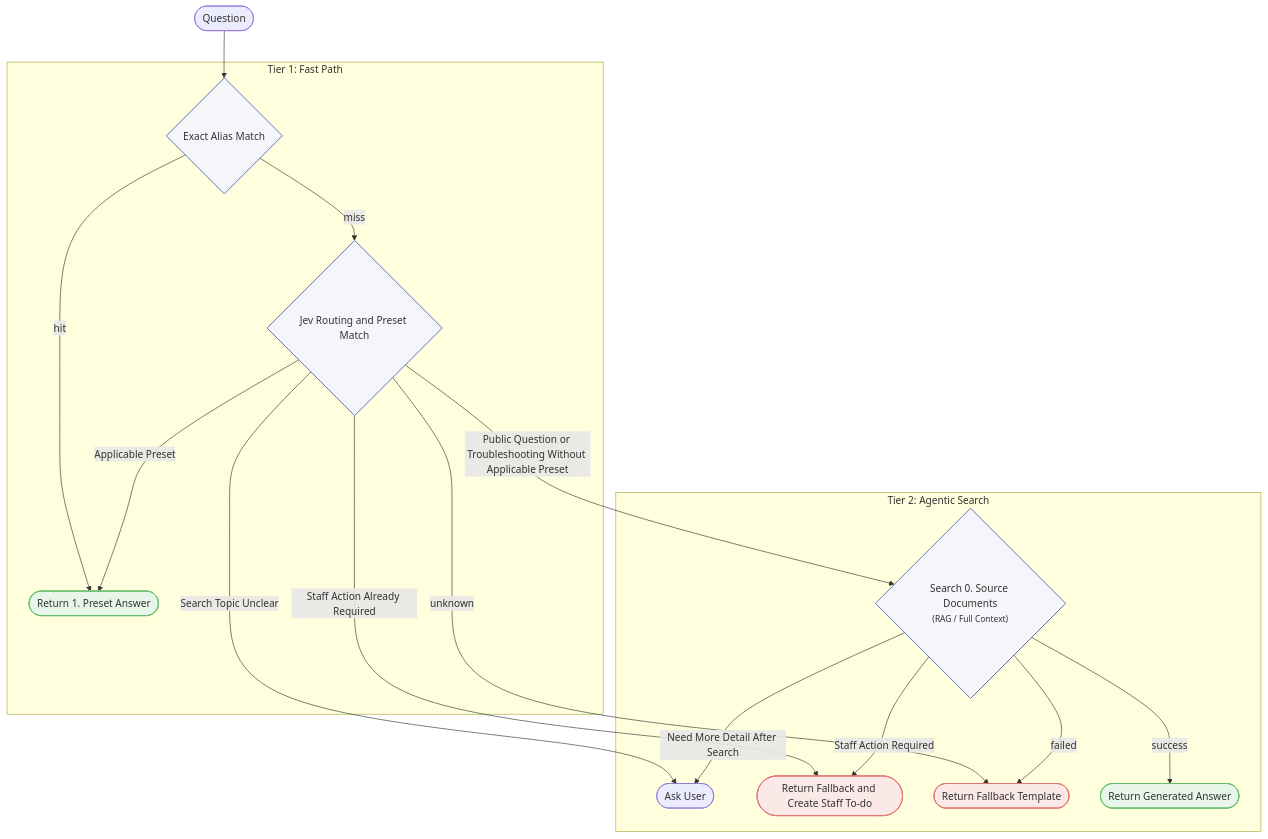
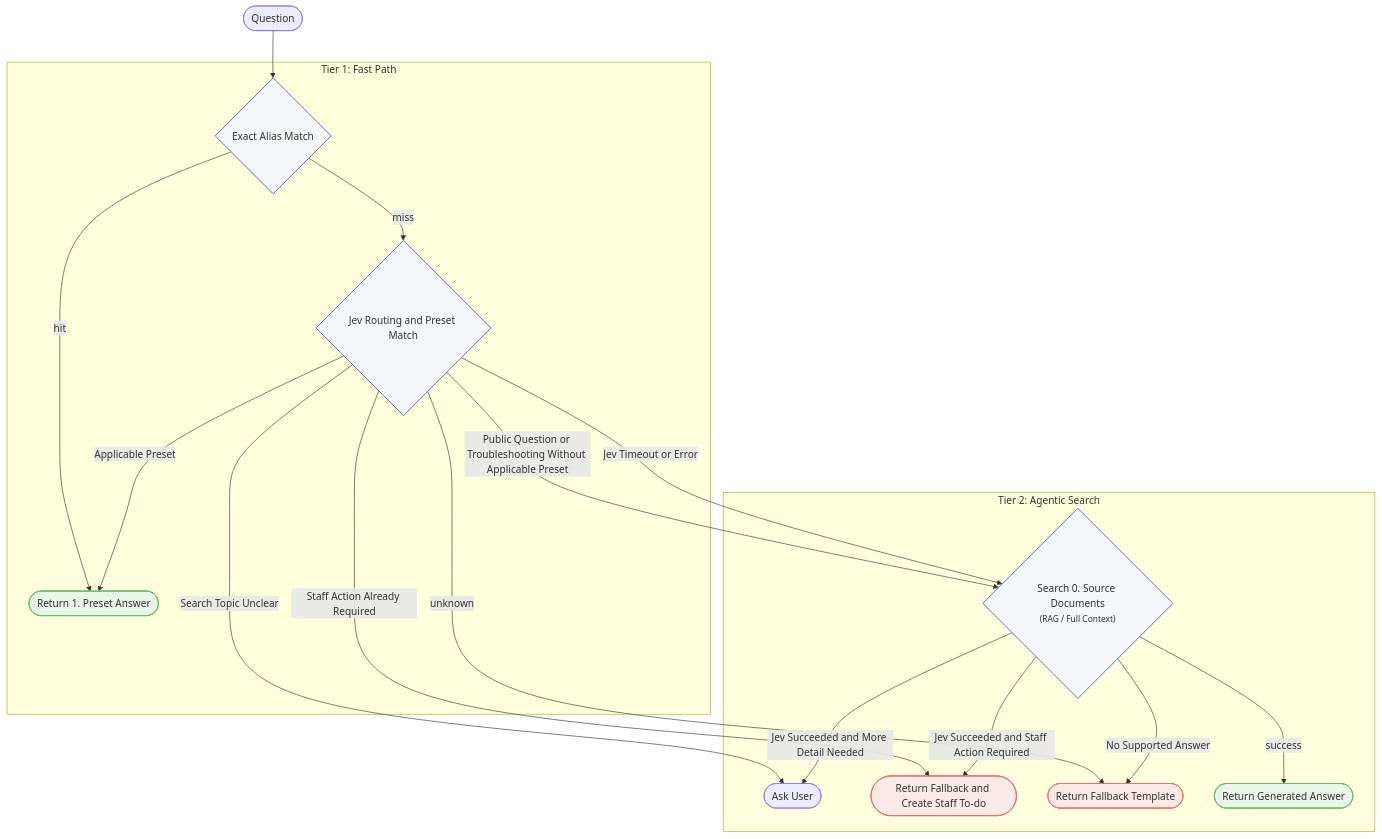
One commit to why-q/wechat-dev changed the second of 3 diagrams in docs/LIBRARY-SUPPORT-DESIGN.md. Above: the diagram before and after it, drawn with Mermaid. The commit also changed other lines of this file and 1 other file, not shown here.

Commit message:
docs: specify Jev timeout and async reply timing
- Define the public-source fallback and keep model calls outside the WeChat callback deadline.

````diff
--- a/docs/LIBRARY-SUPPORT-DESIGN.md
+++ b/docs/LIBRARY-SUPPORT-DESIGN.md
@@ -30,26 +30,27 @@
 ```mermaid
 flowchart TD
     classDef decision fill:#f4f6f9,stroke:#5c6bc0,stroke-width:1.5px;
     classDef success fill:#e8f5e9,stroke:#66bb6a,stroke-width:1.5px;
     classDef fallback fill:#fbe9e7,stroke:#e57373,stroke-width:1.5px;
 
     A([Question]) --> B{Exact Alias Match}:::decision
 
     subgraph Fast_Path [Tier 1: Fast Path]
         B -->|hit| C([Return 1. Preset Answer]):::success
         B -->|miss| G{Jev Routing and Preset Match}:::decision
         G -->|Applicable Preset| C
     end
 
     G -->|Search Topic Unclear| J([Ask User])
     G -->|Staff Action Already Required| P([Return Fallback and Create Staff To-do]):::fallback
     G -->|unknown| F
 
     subgraph Deep_Path [Tier 2: Agentic Search]
         G -->|Public Question or Troubleshooting Without Applicable Preset| D{"Search 0. Source Documents<br/><small>(RAG / Full Context)</small>"}:::decision
+        G -->|Jev Timeout or Error| D
         D -->|success| E([Return Generated Answer]):::success
-        D -->|Need More Detail After Search| J
-        D -->|Staff Action Required| P
-        D -->|failed| F([Return Fallback Template]):::fallback
+        D -->|Jev Succeeded and More Detail Needed| J
+        D -->|Jev Succeeded and Staff Action Required| P
+        D -->|No Supported Answer| F([Return Fallback Template]):::fallback
     end
 ```
````
